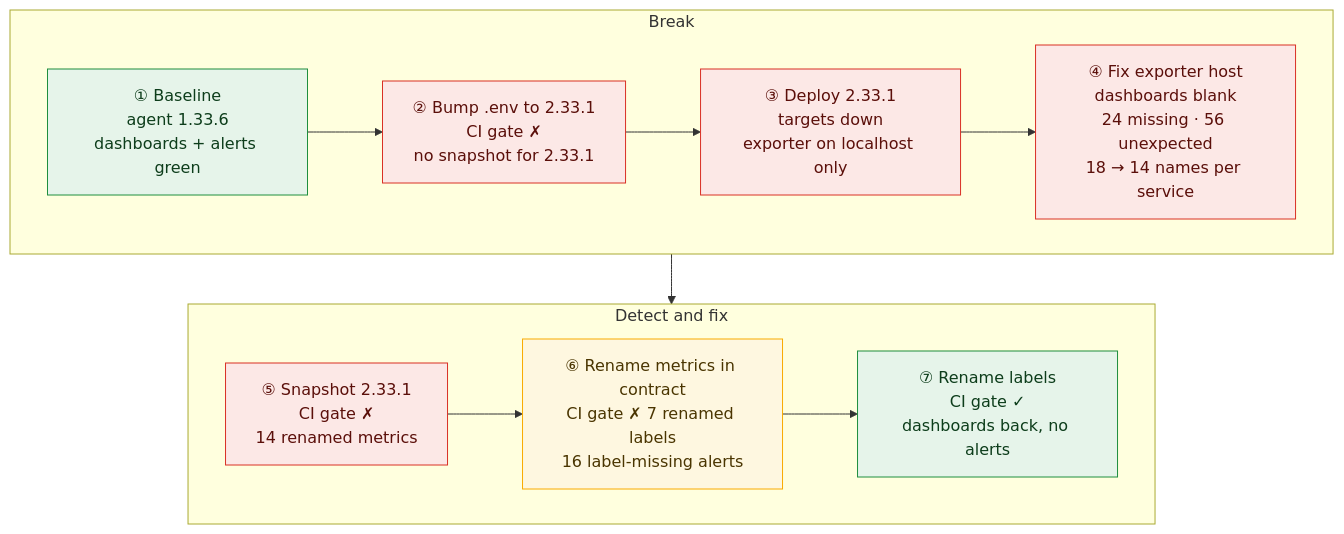
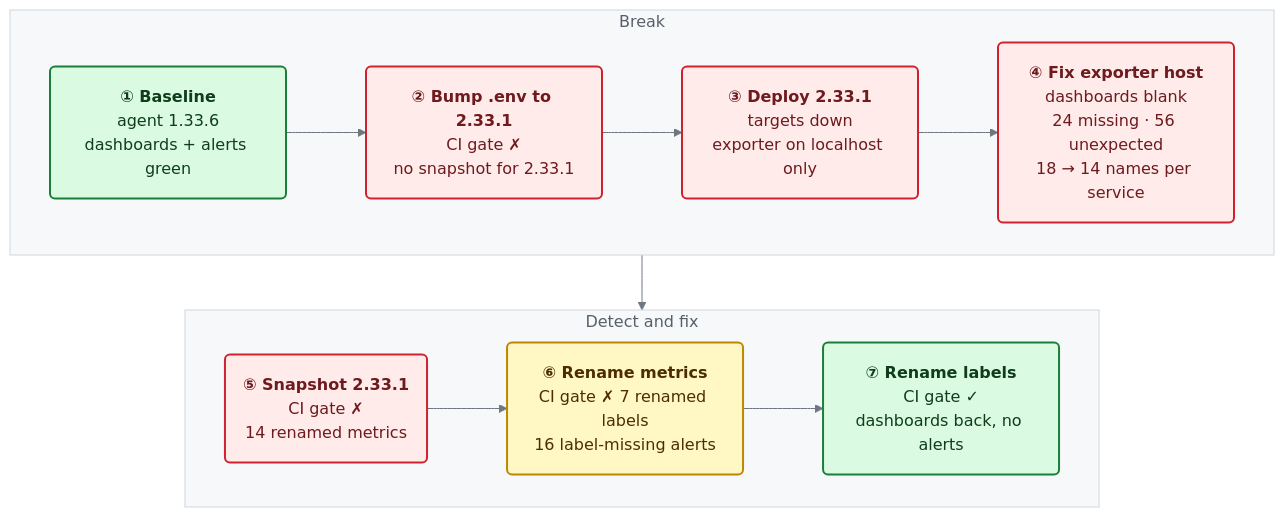
Before and after one commit to imenbkr/demo-otel-jvm-schema-drift: the diagram in docs/diagrams/demo-timeline.mmd, drawn with Mermaid. The commit also changed 21 other files, not shown here.

Commit message:
Add deploy markers, restyle diagrams, refresh dashboard screenshots

```diff
--- a/docs/diagrams/demo-timeline.mmd
+++ b/docs/diagrams/demo-timeline.mmd
@@ -1,21 +1,27 @@
+%%{init: {"theme": "base", "themeVariables": {"fontFamily": "Arial, Helvetica, sans-serif", "fontSize": "16px", "primaryColor": "#ffffff", "primaryBorderColor": "#8c959f", "primaryTextColor": "#1f2328", "lineColor": "#6e7781", "clusterBkg": "#f6f8fa", "clusterBorder": "#d0d7de", "edgeLabelBackground": "#ffffff", "titleColor": "#57606a"}, "flowchart": {"curve": "basis", "nodeSpacing": 45, "rankSpacing": 55, "padding": 18}}}%%
 flowchart TB
   subgraph row1["Break"]
     direction LR
-    s1["① Baseline<br/>agent 1.33.6<br/>dashboards + alerts green"]:::ok
-    s2["② Bump .env to 2.33.1<br/>CI gate ✗<br/>no snapshot for 2.33.1"]:::bad
-    s3["③ Deploy 2.33.1<br/>targets down<br/>exporter on localhost only"]:::bad
-    s4["④ Fix exporter host<br/>dashboards blank<br/>24 missing · 56 unexpected<br/>18 → 14 names per service"]:::bad
+    s1("<b>① Baseline</b><br/>agent 1.33.6<br/>dashboards + alerts green"):::ok
+    s2("<b>② Bump .env to 2.33.1</b><br/>CI gate ✗<br/>no snapshot for 2.33.1"):::bad
+    s3("<b>③ Deploy 2.33.1</b><br/>targets down<br/>exporter on localhost only"):::bad
+    s4("<b>④ Fix exporter host</b><br/>dashboards blank<br/>24 missing · 56 unexpected<br/>18 → 14 names per service"):::bad
     s1 --> s2 --> s3 --> s4
   end
   subgraph row2["Detect and fix"]
     direction LR
-    s5["⑤ Snapshot 2.33.1<br/>CI gate ✗<br/>14 renamed metrics"]:::bad
-    s6["⑥ Rename metrics in contract<br/>CI gate ✗ 7 renamed labels<br/>16 label-missing alerts"]:::warn
-    s7["⑦ Rename labels<br/>CI gate ✓<br/>dashboards back, no alerts"]:::ok
+    s5("<b>⑤ Snapshot 2.33.1</b><br/>CI gate ✗<br/>14 renamed metrics"):::bad
+    s6("<b>⑥ Rename metrics</b><br/>CI gate ✗ 7 renamed labels<br/>16 label-missing alerts"):::warn
+    s7("<b>⑦ Rename labels</b><br/>CI gate ✓<br/>dashboards back, no alerts"):::ok
     s5 --> s6 --> s7
   end
   row1 --> row2
 
-  classDef ok fill:#e6f4ea,stroke:#1e8e3e,color:#0d3d1b
-  classDef bad fill:#fce8e6,stroke:#d93025,color:#5b0f0a
-  classDef warn fill:#fef7e0,stroke:#f9ab00,color:#4a3500
+  classDef jvm fill:#eaf2ff,stroke:#2f6feb,stroke-width:2px,color:#0a3069
+  classDef prom fill:#fff0eb,stroke:#e6522c,stroke-width:2px,color:#5c1a06
+  classDef graf fill:#fff4e5,stroke:#f46800,stroke-width:2px,color:#5c2a00
+  classDef infra fill:#ffffff,stroke:#8c959f,stroke-width:1.5px,color:#24292f
+  classDef gate fill:#f3eeff,stroke:#8250df,stroke-width:2px,color:#3e1f79
+  classDef ok fill:#dafbe1,stroke:#1a7f37,stroke-width:2px,color:#0f3d1c
+  classDef bad fill:#ffebe9,stroke:#cf222e,stroke-width:2px,color:#6e1a1f
+  classDef warn fill:#fff8c5,stroke:#bf8700,stroke-width:2px,color:#4d2d00
```
